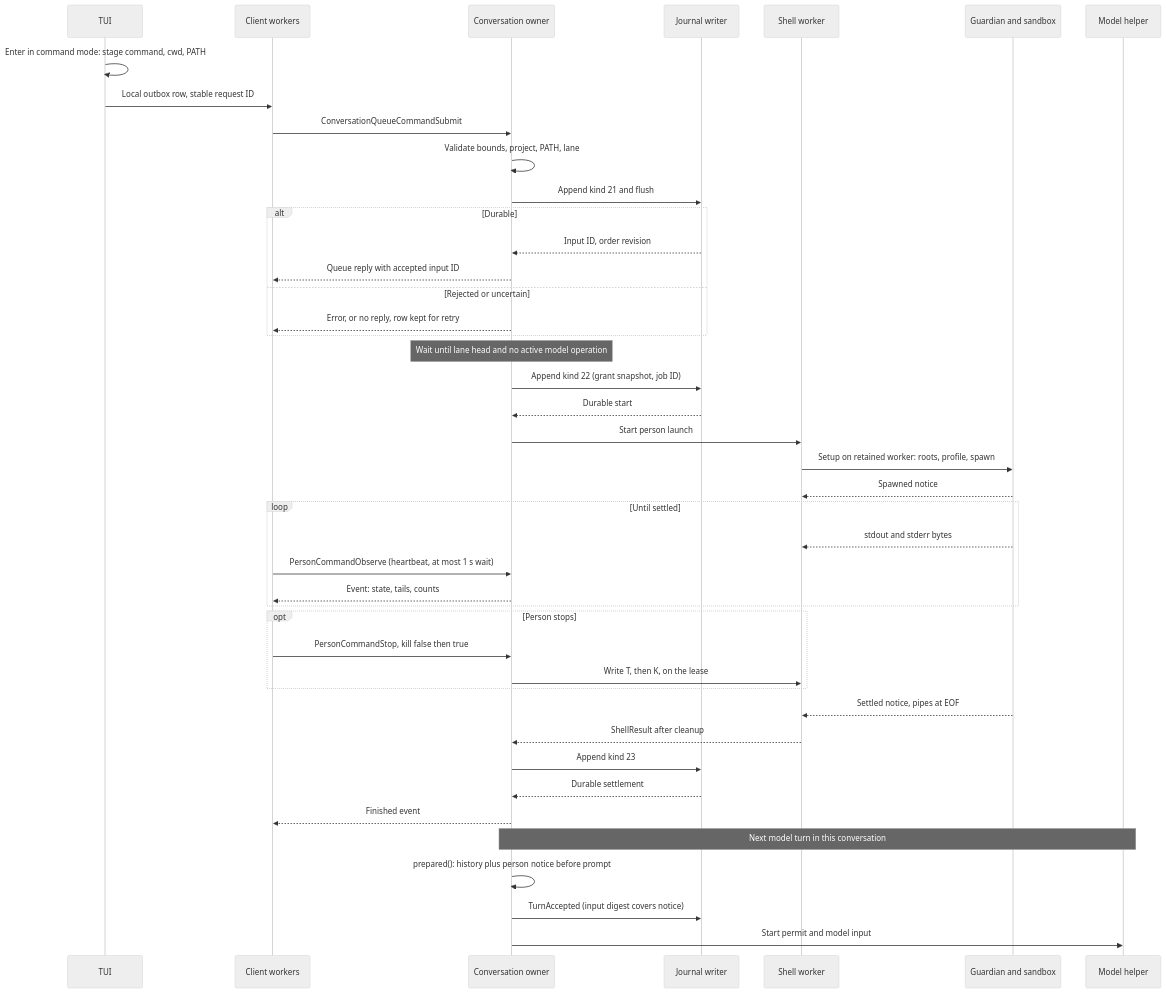
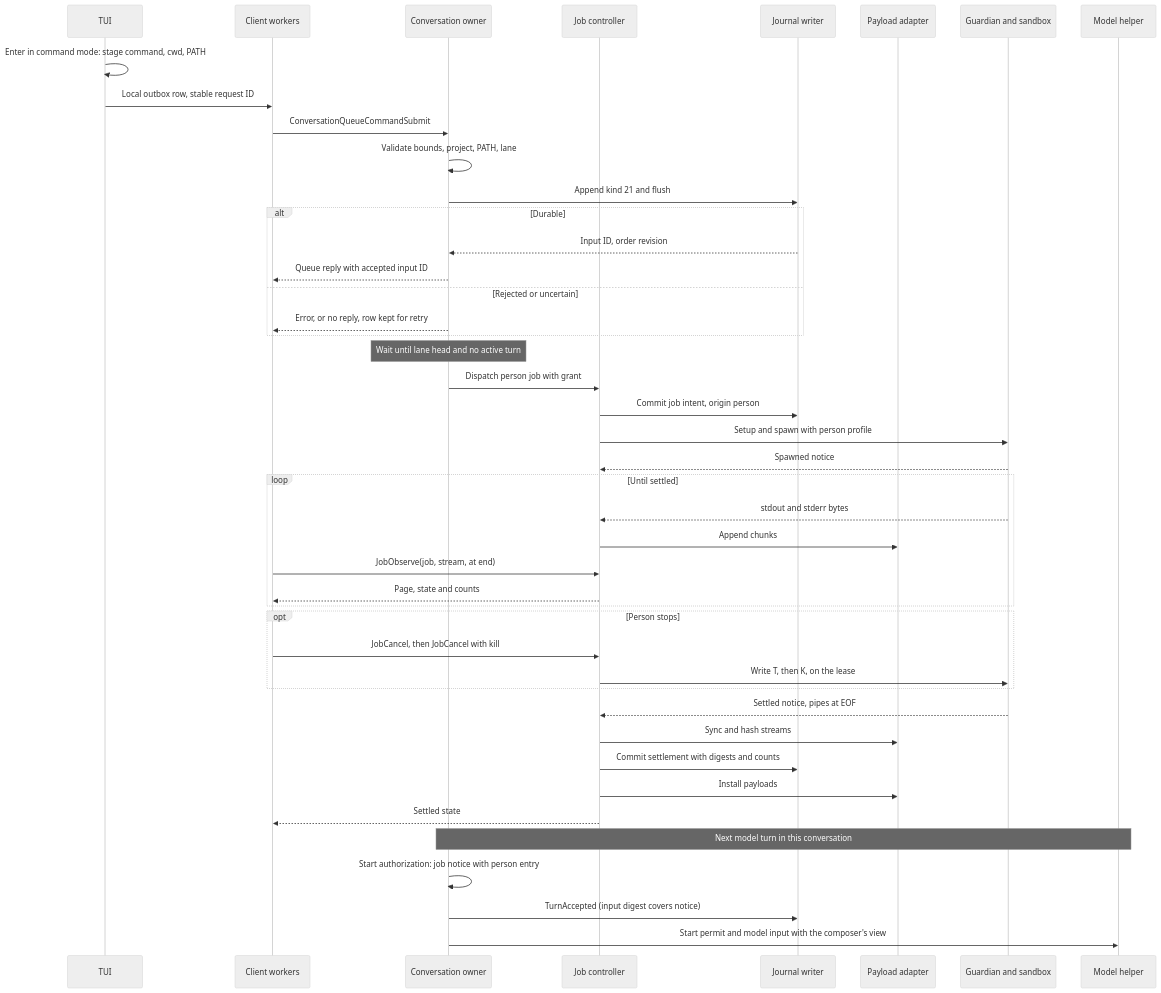
The fifth of 7 diagrams in docs/designs/person-command-mode.md (pidster/asura), drawn with Mermaid (neutral theme) before and after one commit. The commit also changed other lines of this file and 4 other files, not shown here.

````diff
--- a/docs/designs/person-command-mode.md
+++ b/docs/designs/person-command-mode.md
@@ -632,45 +690,46 @@
 ```mermaid
 sequenceDiagram
     participant U as TUI
     participant C as Client workers
     participant S as Conversation owner
+    participant K as Job controller
     participant J as Journal writer
-    participant W as Shell worker
+    participant P as Payload adapter
     participant G as Guardian and sandbox
     participant M as Model helper
     U->>U: Enter in command mode: stage command, cwd, PATH
     U->>C: Local outbox row, stable request ID
     C->>S: ConversationQueueCommandSubmit
     S->>S: Validate bounds, project, PATH, lane
     S->>J: Append kind 21 and flush
     alt Durable
         J-->>S: Input ID, order revision
         S-->>C: Queue reply with accepted input ID
     else Rejected or uncertain
         S-->>C: Error, or no reply, row kept for retry
     end
-    Note over S: Wait until lane head and no active model operation
-    S->>J: Append kind 22 (grant snapshot, job ID)
-    J-->>S: Durable start
-    S->>W: Start person launch
-    W->>G: Setup on retained worker: roots, profile, spawn
-    G-->>W: Spawned notice
+    Note over S: Wait until lane head and no active turn
+    S->>K: Dispatch person job with grant
+    K->>J: Commit job intent, origin person
+    K->>G: Setup and spawn with person profile
+    G-->>K: Spawned notice
     loop Until settled
-        G-->>W: stdout and stderr bytes
-        C->>S: PersonCommandObserve (heartbeat, at most 1 s wait)
-        S-->>C: Event: state, tails, counts
+        G-->>K: stdout and stderr bytes
+        K->>P: Append chunks
+        C->>K: JobObserve(job, stream, at end)
+        K-->>C: Page, state and counts
     end
     opt Person stops
-        C->>S: PersonCommandStop, kill false then true
-        S->>W: Write T, then K, on the lease
+        C->>K: JobCancel, then JobCancel with kill
+        K->>G: Write T, then K, on the lease
     end
-    G-->>W: Settled notice, pipes at EOF
-    W-->>S: ShellResult after cleanup
-    S->>J: Append kind 23
-    J-->>S: Durable settlement
-    S-->>C: Finished event
+    G-->>K: Settled notice, pipes at EOF
+    K->>P: Sync and hash streams
+    K->>J: Commit settlement with digests and counts
+    K->>P: Install payloads
+    K-->>C: Settled state
     Note over S,M: Next model turn in this conversation
-    S->>S: prepared(): history plus person notice before prompt
+    S->>S: Start authorization: job notice with person entry
     S->>J: TurnAccepted (input digest covers notice)
-    S->>M: Start permit and model input
+    S->>M: Start permit and model input with the composer's view
 ```
````
